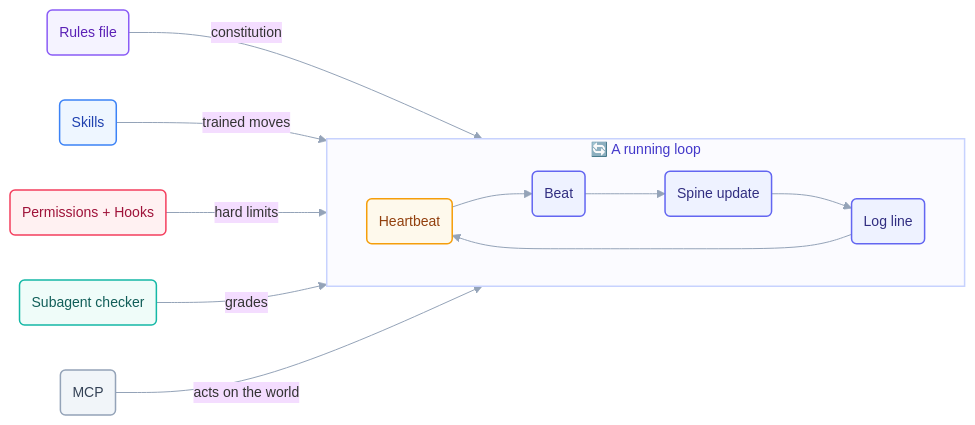
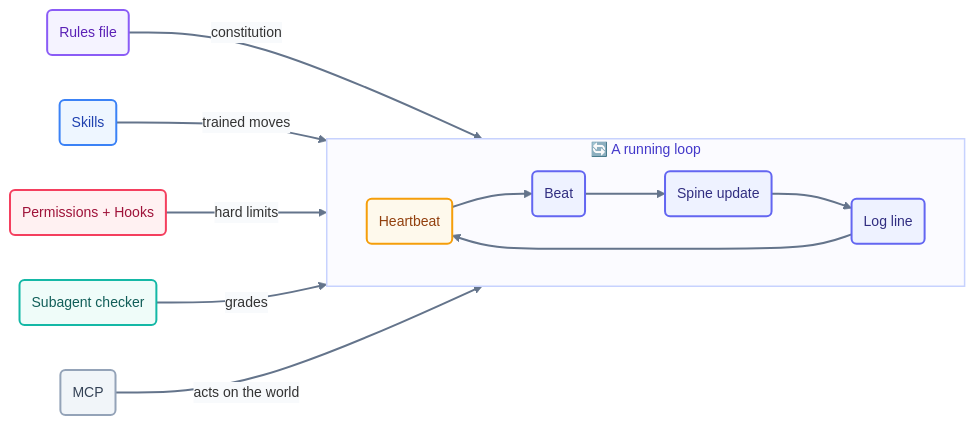
One commit to ayeshakhalid192007-dev/LoopEngineering-CrashCourse changed the diagram in docs/02-foundations/primitives.md. Above: the diagram before and after it, drawn with Mermaid. The commit also changed 66 other files, not shown here.

First line of the commit message:
docs(diagrams): bolden and unify all 70 mermaid diagrams

````diff
--- a/docs/02-foundations/primitives.md
+++ b/docs/02-foundations/primitives.md
@@ -31,22 +31,23 @@
 ```mermaid
-%%{init: {'theme':'base','themeVariables':{'fontFamily':'ui-sans-serif, system-ui, sans-serif','fontSize':'14px','lineColor':'#94a3b8'},'flowchart':{'curve':'basis','nodeSpacing':45,'rankSpacing':55,'padding':12}}}%%
+%%{init: {'theme':'base','themeVariables':{'fontFamily':'ui-sans-serif, system-ui, sans-serif','fontSize':'14px','lineColor':'#64748b','edgeLabelBackground':'#f8fafc'},'flowchart':{'curve':'basis','nodeSpacing':45,'rankSpacing':55,'padding':12}}}%%
 flowchart LR
     subgraph LOOP ["🔄  A running loop"]
       direction LR
       HB("Heartbeat"):::time --> B("Beat"):::beat
       B --> SP("Spine update"):::beat --> LOG("Log line"):::beat --> HB
     end
     RF("Rules file"):::cfg -->|constitution| B
     SK("Skills"):::skill -->|trained moves| B
     PERM("Permissions + Hooks"):::limit -->|hard limits| B
     SUB("Subagent checker"):::check -->|grades| B
     M("MCP"):::reach -->|acts on the world| B
-    classDef time fill:#fef9ec,stroke:#f59e0b,stroke-width:1.5px,color:#92400e;
-    classDef beat fill:#eef2ff,stroke:#6366f1,stroke-width:1.5px,color:#312e81;
-    classDef cfg fill:#f5f3ff,stroke:#8b5cf6,stroke-width:1.5px,color:#5b21b6;
-    classDef skill fill:#eef6ff,stroke:#3b82f6,stroke-width:1.5px,color:#1e40af;
-    classDef limit fill:#fff1f2,stroke:#f43f5e,stroke-width:1.5px,color:#9f1239;
-    classDef check fill:#effcf9,stroke:#14b8a6,stroke-width:1.5px,color:#115e59;
-    classDef reach fill:#f1f5f9,stroke:#94a3b8,stroke-width:1.5px,color:#334155;
+    linkStyle default stroke:#64748b,stroke-width:2px;
+    classDef time fill:#fef9ec,stroke:#f59e0b,stroke-width:2px,color:#92400e;
+    classDef beat fill:#eef2ff,stroke:#6366f1,stroke-width:2px,color:#312e81;
+    classDef cfg fill:#f5f3ff,stroke:#8b5cf6,stroke-width:2px,color:#5b21b6;
+    classDef skill fill:#eef6ff,stroke:#3b82f6,stroke-width:2px,color:#1e40af;
+    classDef limit fill:#fff1f2,stroke:#f43f5e,stroke-width:2px,color:#9f1239;
+    classDef check fill:#effcf9,stroke:#14b8a6,stroke-width:2px,color:#115e59;
+    classDef reach fill:#f1f5f9,stroke:#94a3b8,stroke-width:2px,color:#334155;
     style LOOP fill:#fbfbff,stroke:#c7d2fe,stroke-width:1.5px,color:#4338ca;
 ```
````
